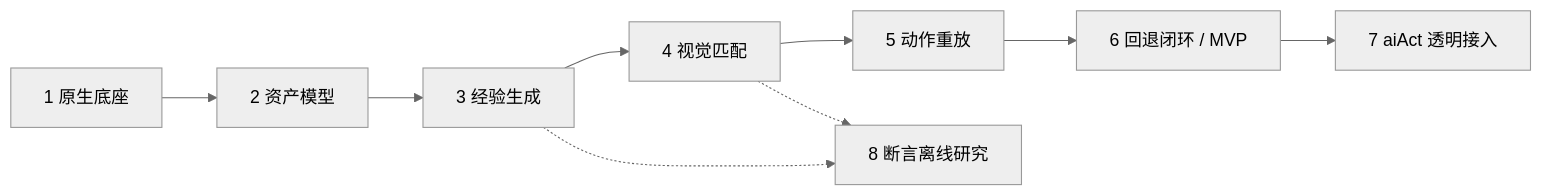
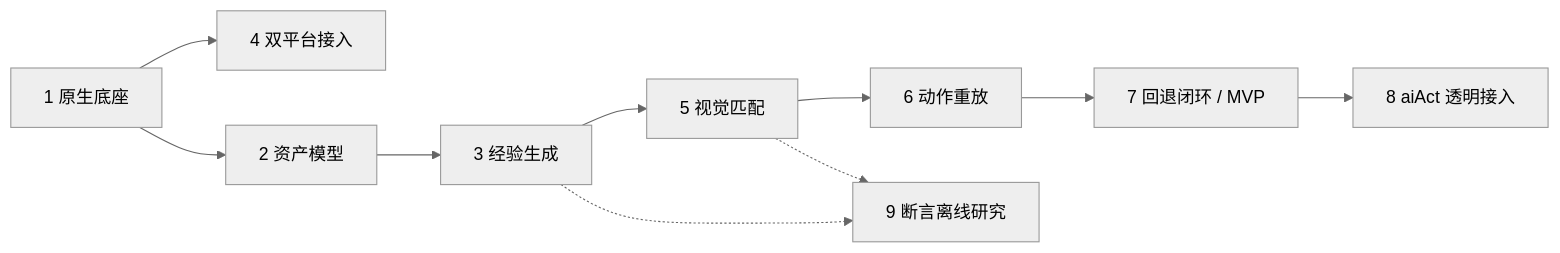
Before and after one commit to Funerr/MTA: the diagram in openspec/roadmap.md, drawn with Mermaid (neutral theme). The commit also changed other lines of this file and 108 other files, not shown here.

````diff
--- a/openspec/roadmap.md
+++ b/openspec/roadmap.md
@@ -20,11 +25,12 @@
 ```mermaid
 flowchart LR
-  A[1 原生底座] --> B[2 资产模型]
+  A[1 原生底座] --> H[4 双平台接入]
+  A --> B[2 资产模型]
   B --> C[3 经验生成]
-  C --> D[4 视觉匹配]
-  D --> E[5 动作重放]
-  E --> F[6 回退闭环 / MVP]
-  F --> G[7 aiAct 透明接入]
-  C -.-> H[8 断言离线研究]
-  D -.-> H
+  C --> D[5 视觉匹配]
+  D --> E[6 动作重放]
+  E --> F[7 回退闭环 / MVP]
+  F --> G[8 aiAct 透明接入]
+  C -.-> I[9 断言离线研究]
+  D -.-> I
 ```
````
